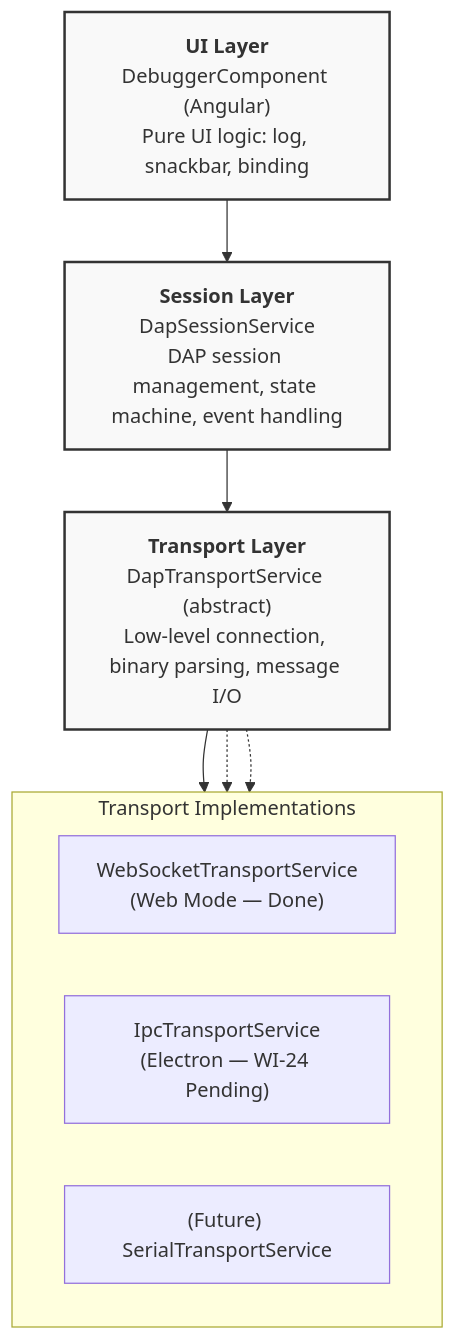
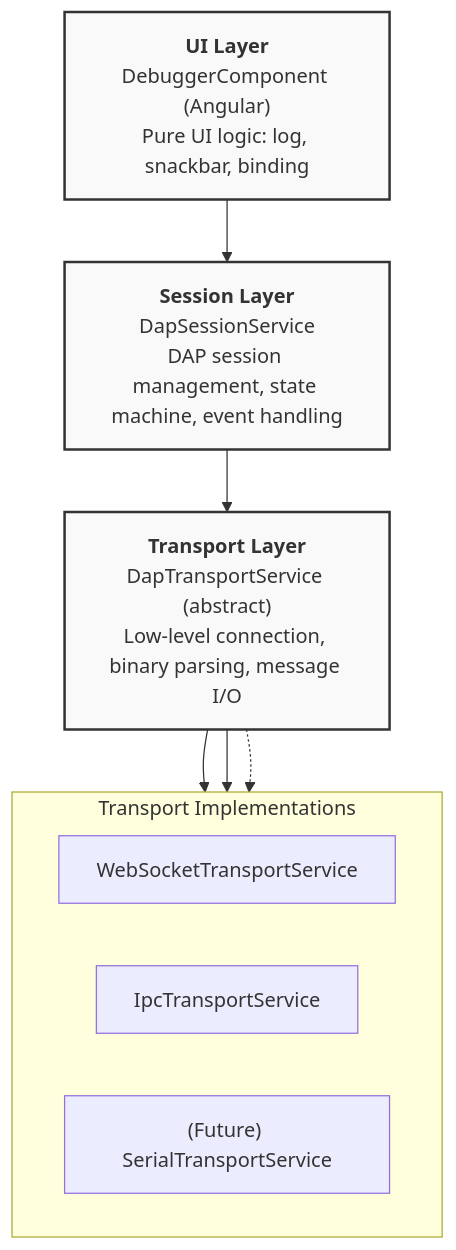
The first of 8 diagrams in docs/architecture.md (tangpo387-arch/taro-debugger), drawn with Mermaid before and after one commit. The commit also changed other lines of this file and 12 other files, not shown here.

Commit message:
feat: implement IpcTransportService and Electron main process WebSocket relay for DAP communication

````diff
--- a/docs/architecture.md
+++ b/docs/architecture.md
@@ -19,24 +19,24 @@
 ```mermaid
 graph TD
     UI["<b>UI Layer</b><br/>DebuggerComponent (Angular)<br/>Pure UI logic: log, snackbar, binding"]
     Session["<b>Session Layer</b><br/>DapSessionService<br/>DAP session management, state machine, event handling"]
     Transport["<b>Transport Layer</b><br/>DapTransportService (abstract)<br/>Low-level connection, binary parsing, message I/O"]
 
     UI --> Session
     Session --> Transport
 
     subgraph Implementations ["Transport Implementations"]
         direction LR
-        WSS["WebSocketTransportService<br/>(Web Mode — Done)"]
-        IPC["IpcTransportService<br/>(Electron — WI-24 Pending)"]
+        WSS["WebSocketTransportService<br/>"]
+        IPC["IpcTransportService<br/>"]
         STS["(Future) SerialTransportService"]
     end
 
     Transport --> WSS
-    Transport -.-> IPC
+    Transport --> IPC
     Transport -.-> STS
 
     style UI fill:#f9f9f9,stroke:#333,stroke-width:2px
     style Session fill:#f9f9f9,stroke:#333,stroke-width:2px
     style Transport fill:#f9f9f9,stroke:#333,stroke-width:2px
 ```
````
